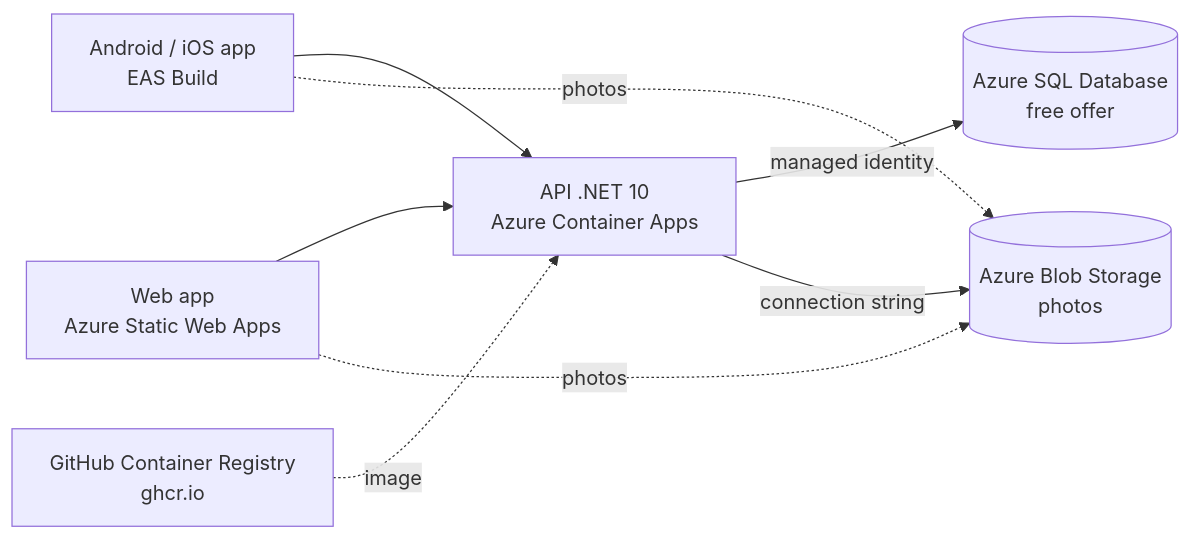
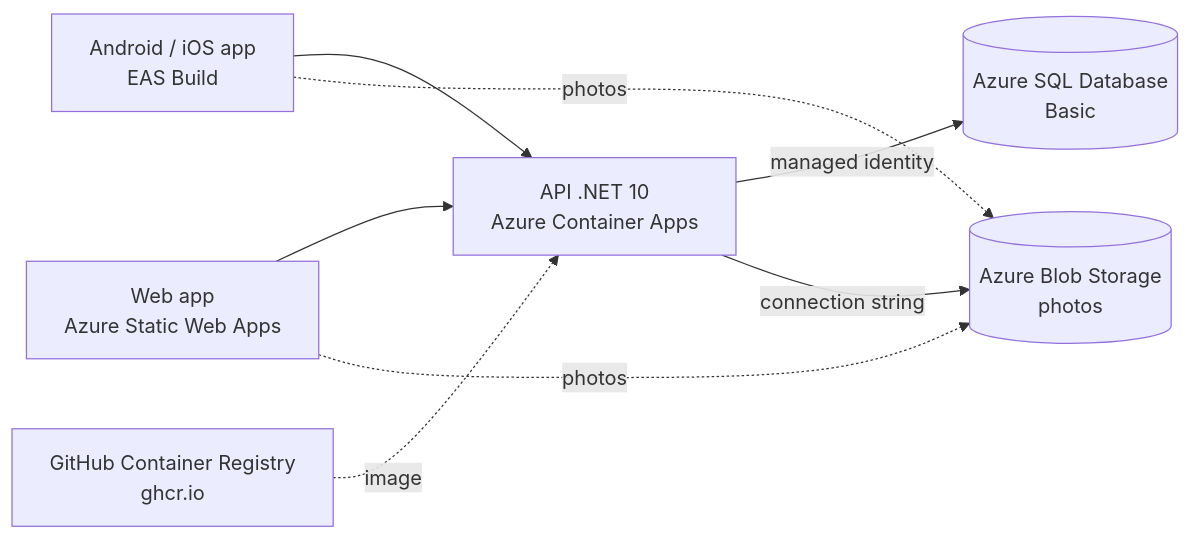
The diagram in docs/hosting-plan.md (alejandrolazarte/class-manager), drawn with Mermaid before and after one commit. The commit also changed other lines of this file and 6 other files, not shown here.

````diff
--- a/docs/hosting-plan.md
+++ b/docs/hosting-plan.md
@@ -20,10 +20,10 @@
 ```mermaid
 flowchart LR
     Phone[Android / iOS app<br/>EAS Build] --> Api
     Browser[Web app<br/>Azure Static Web Apps] --> Api
-    Api[API .NET 10<br/>Azure Container Apps] -->|managed identity| Sql[(Azure SQL Database<br/>free offer)]
+    Api[API .NET 10<br/>Azure Container Apps] -->|managed identity| Sql[(Azure SQL Database<br/>Basic)]
     Api -->|connection string| Blob[(Azure Blob Storage<br/>photos)]
     Browser -.photos.-> Blob
     Phone -.photos.-> Blob
     Ghcr[GitHub Container Registry<br/>ghcr.io] -.image.-> Api
 ```
````
